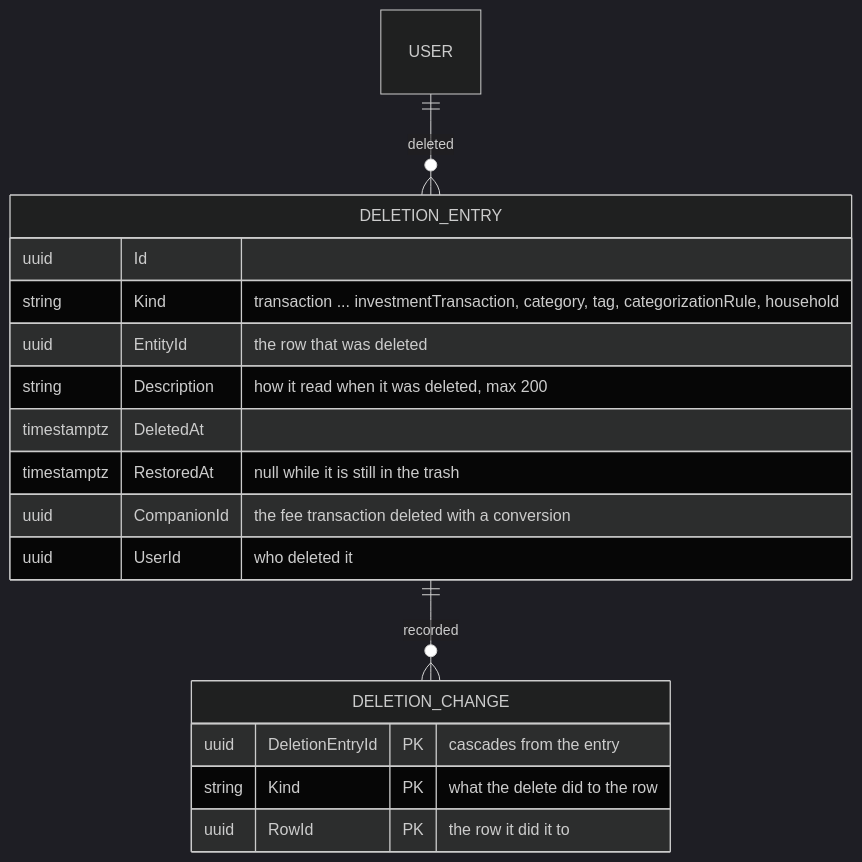
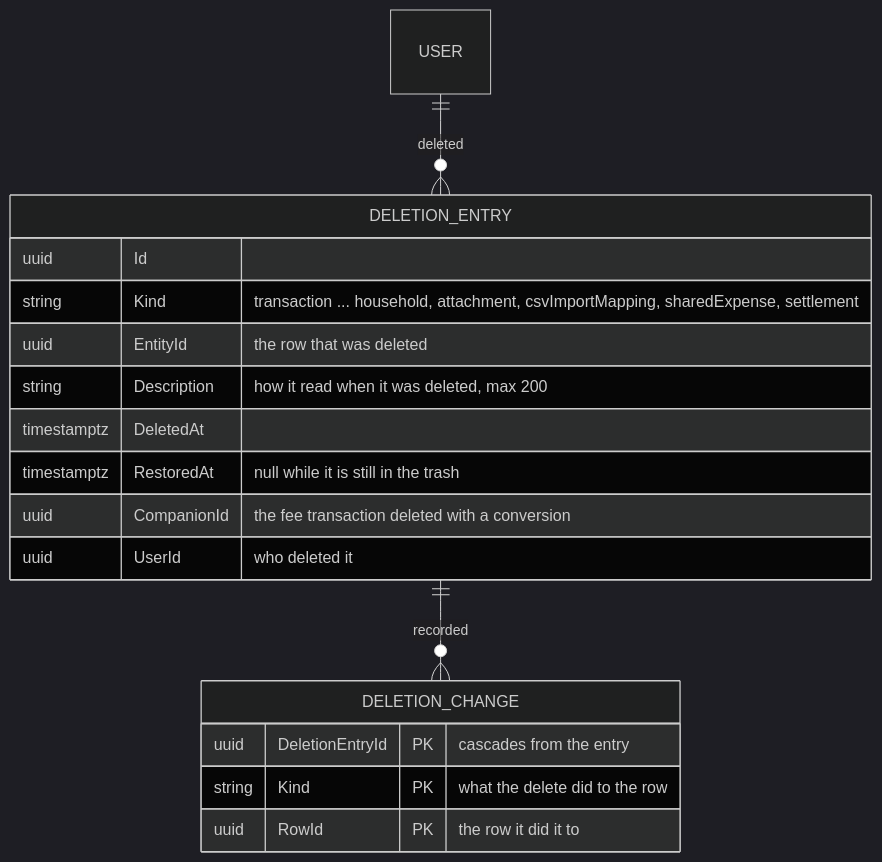
One commit to Justxs/Jx-Finance changed the first of 3 diagrams in docs/features/trash-and-undo.md. Above: the diagram before and after it, drawn with Mermaid (dark theme). The commit also changed other lines of this file and 152 other files, not shown here.

````diff
--- a/docs/features/trash-and-undo.md
+++ b/docs/features/trash-and-undo.md
@@ -37,20 +38,20 @@
 ```mermaid
 erDiagram
     USER ||--o{ DELETION_ENTRY : "deleted"
     DELETION_ENTRY ||--o{ DELETION_CHANGE : "recorded"
     DELETION_ENTRY {
         uuid Id
-        string Kind "transaction ... investmentTransaction, category, tag, categorizationRule, household"
+        string Kind "transaction ... household, attachment, csvImportMapping, sharedExpense, settlement"
         uuid EntityId "the row that was deleted"
         string Description "how it read when it was deleted, max 200"
         timestamptz DeletedAt
         timestamptz RestoredAt "null while it is still in the trash"
         uuid CompanionId "the fee transaction deleted with a conversion"
         uuid UserId "who deleted it"
     }
     DELETION_CHANGE {
         uuid DeletionEntryId PK "cascades from the entry"
         string Kind PK "what the delete did to the row"
         uuid RowId PK "the row it did it to"
     }
 ```
````
